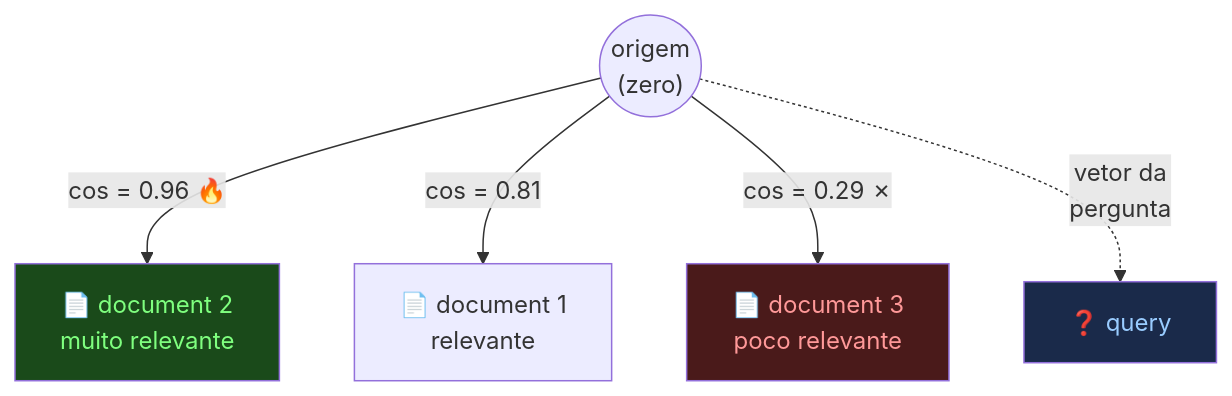
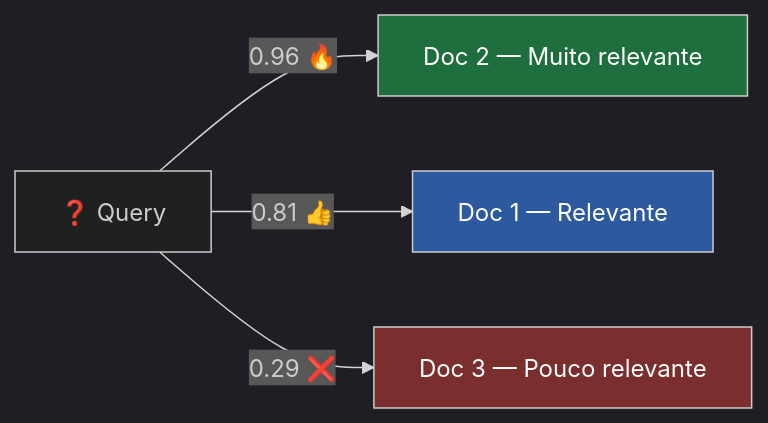
The fourth of 5 diagrams in README.md (z4l1nux/naive-rag), drawn with Mermaid before and after one commit. The commit also changed other lines of this file, not shown here.

Commit message:
fix: change mermaid

````diff
--- a/README.md
+++ b/README.md
@@ -171,13 +182,11 @@
 ```mermaid
-flowchart TD
-    O(("  origem\n(zero)  "))
+%%{init: {'theme': 'dark'}}%%
+flowchart LR
+    Q["❓ Query"] -->|"0.96 🔥"| D2["Doc 2 — Muito relevante"]
+    Q -->|"0.81 👍"| D1["Doc 1 — Relevante"]
+    Q -->|"0.29 ❌"| D3["Doc 3 — Pouco relevante"]
 
-    O -->|"cos = 0.96 🔥"| D2["📄 document 2\nmuito relevante"]
-    O -->|"cos = 0.81"| D1["📄 document 1\nrelevante"]
-    O -->|"cos = 0.29 ✗"| D3["📄 document 3\npoco relevante"]
-    O -.->|"vetor da\npergunta"| Q["❓ query"]
-
-    style D2 fill:#1a4a1a,color:#7fff7f
-    style D3 fill:#4a1a1a,color:#ff9999
-    style Q  fill:#1a2a4a,color:#99ccff
+    style D2 fill:#1f6f3e,color:#fff
+    style D1 fill:#2d5a9e,color:#fff
+    style D3 fill:#7a2e2e,color:#fff
 ```
````
